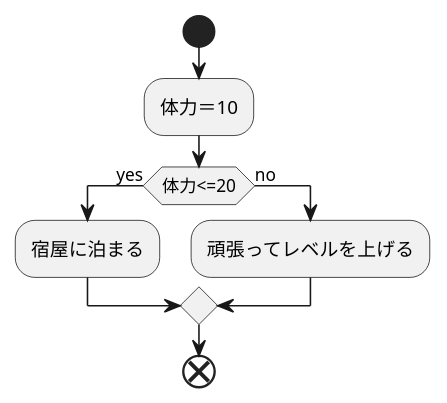
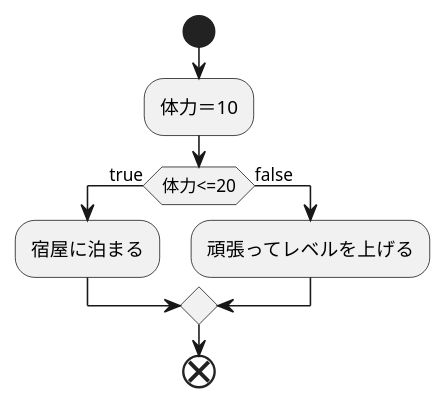
Before and after one commit to Aso2001409/2021sys-design: the diagram in kadai4_2.md, drawn with PlantUML.

````diff
--- a/kadai4_2.md
+++ b/kadai4_2.md
@@ -1,12 +1,12 @@
 ```uml
 @startuml
 start
 :体力＝10;
-if(体力<=20)then(yes)
+if(体力<=20)then(true)
   :宿屋に泊まる;
-else(no)
+else(false)
   :頑張ってレベルを上げる;
 endif
 end
 @enduml
 ```
````
